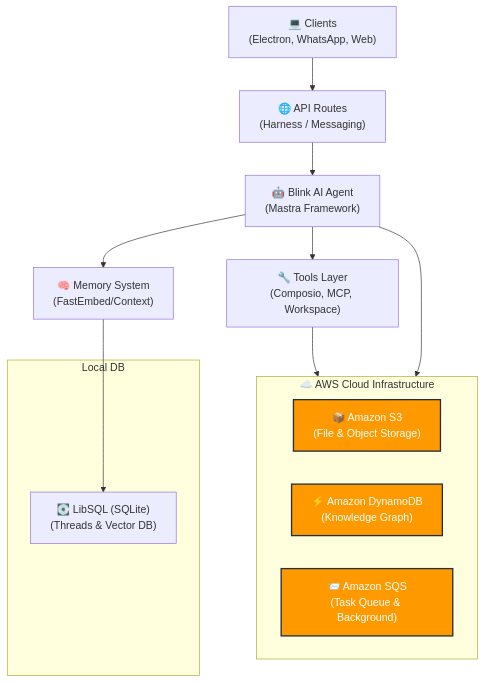
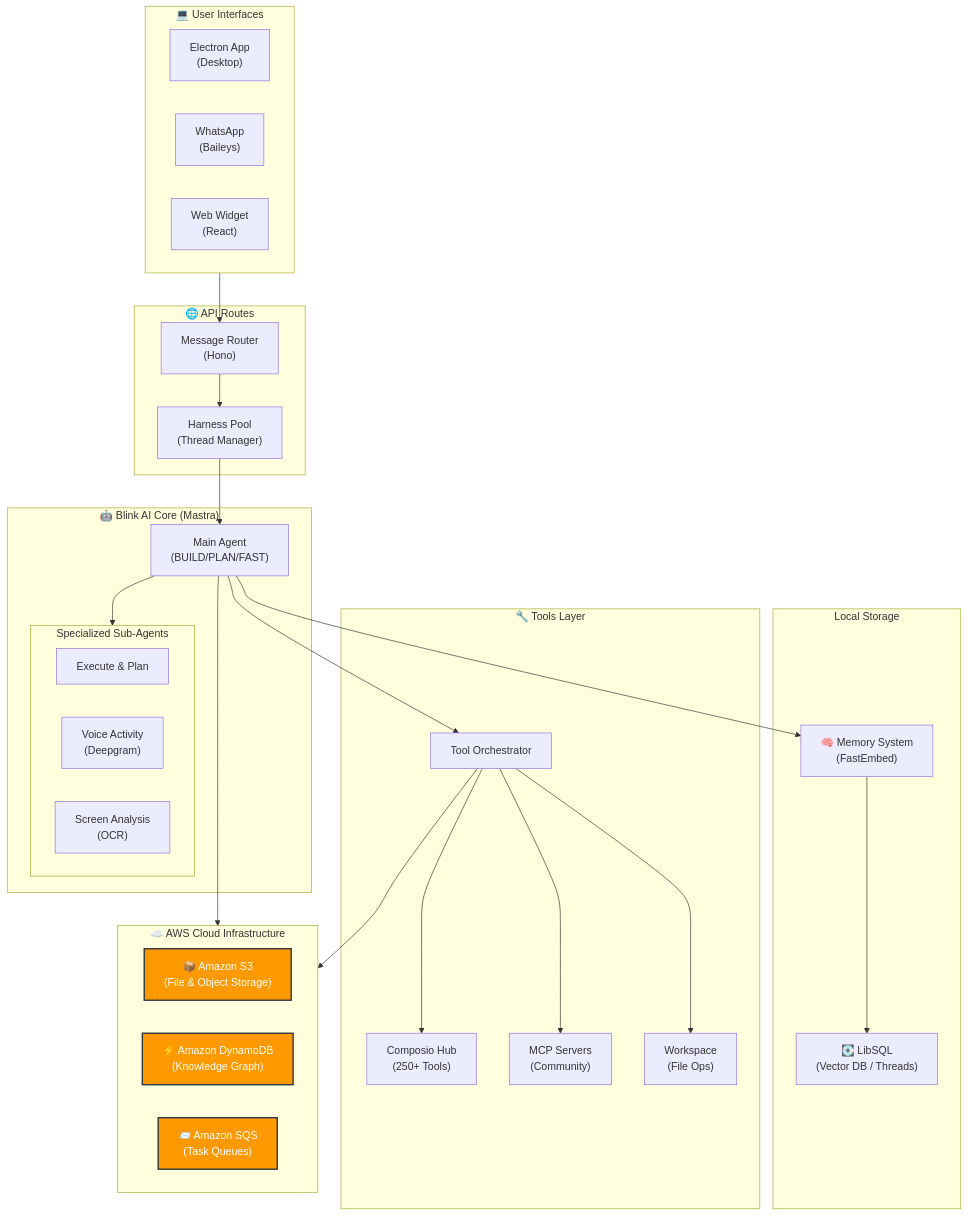
The first of 2 diagrams in README.md (MohitGoyal09/BlinkAI), drawn with Mermaid before and after one commit.

````diff
--- a/README.md
+++ b/README.md
@@ -112,30 +112,65 @@
 ```mermaid
 flowchart TB
     %% Core Interactions
-    Client["💻 Clients\n(Electron, WhatsApp, Web)"] --> Routes["🌐 API Routes\n(Harness / Messaging)"]
-    Routes --> Agent["🤖 Blink AI Agent\n(Mastra Framework)"]
+    subgraph Clients ["💻 User Interfaces"]
+        Electron["Electron App<br>(Desktop)"]
+        WhatsApp["WhatsApp<br>(Baileys)"]
+        Web["Web Widget<br>(React)"]
+    end
+
+    subgraph API ["🌐 API Routes"]
+        Harness["Harness Pool<br>(Thread Manager)"]
+        Router["Message Router<br>(Hono)"]
+    end
+
+    subgraph CoreAgent ["🤖 Blink AI Core (Mastra)"]
+        Agent["Main Agent<br>(BUILD/PLAN/FAST)"]
+        
+        subgraph SubAgents ["Specialized Sub-Agents"]
+            Execute["Execute & Plan"]
+            Voice["Voice Activity<br>(Deepgram)"]
+            Screen["Screen Analysis<br>(OCR)"]
+        end
+    end
     
     %% Agent internal capabilities
-    Agent --> Memory["🧠 Memory System\n(FastEmbed/Context)"]
-    Agent --> Tools["🔧 Tools Layer\n(Composio, MCP, Workspace)"]
+    subgraph Storage ["Local Storage"]
+        Memory["🧠 Memory System<br>(FastEmbed)"]
+        SQLite["💽 LibSQL<br>(Vector DB / Threads)"]
+    end
+
+    subgraph ToolsLayer ["🔧 Tools Layer"]
+        Tools["Tool Orchestrator"]
+        Composio["Composio Hub<br>(250+ Tools)"]
+        MCP["MCP Servers<br>(Community)"]
+        Workspace["Workspace<br>(File Ops)"]
+    end
     
     %% Enterprise Cloud Architecture
     subgraph AWSCloud ["☁️ AWS Cloud Infrastructure"]
-        S3["📦 Amazon S3\n(File & Object Storage)"]
-        Dynamo["⚡ Amazon DynamoDB\n(Knowledge Graph)"]
-        SQS["📨 Amazon SQS\n(Task Queue & Background)"]
+        S3["📦 Amazon S3<br>(File & Object Storage)"]
+        Dynamo["⚡ Amazon DynamoDB<br>(Knowledge Graph)"]
+        SQS["📨 Amazon SQS<br>(Task Queues)"]
     end
+    
+    Clients --> Router
+    Router --> Harness
+    Harness --> Agent
+    
+    Agent --> SubAgents
+    Agent --> Memory
+    Agent --> Tools
+    
+    Memory --> SQLite
+    
+    Tools --> Composio
+    Tools --> MCP
+    Tools --> Workspace
     
     Tools --> AWSCloud
     Agent --> AWSCloud
-
-    %% Local Storage
-    subgraph Local DB
-        SQLite["💽 LibSQL (SQLite)\n(Threads & Vector DB)"]
-    end
-    Memory --> SQLite
 
     %% AWS Theme styling
     classDef aws fill:#FF9900,stroke:#232F3E,stroke-width:2px,color:white;
     class S3,Dynamo,SQS aws;
 ```
````
